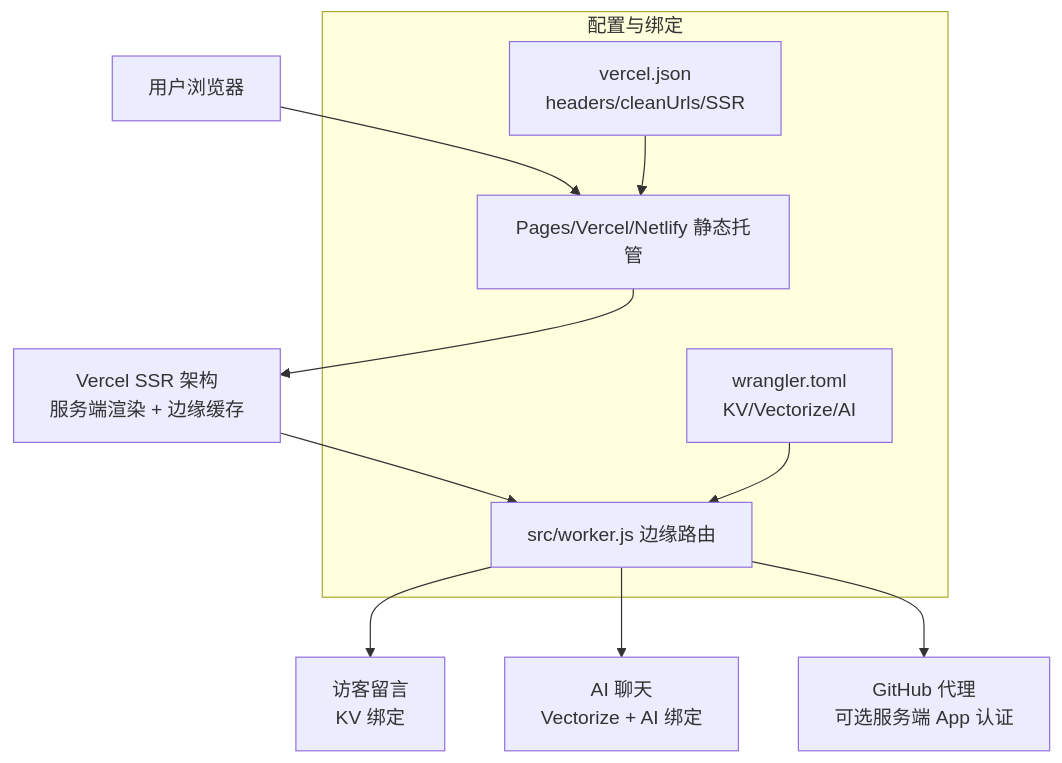
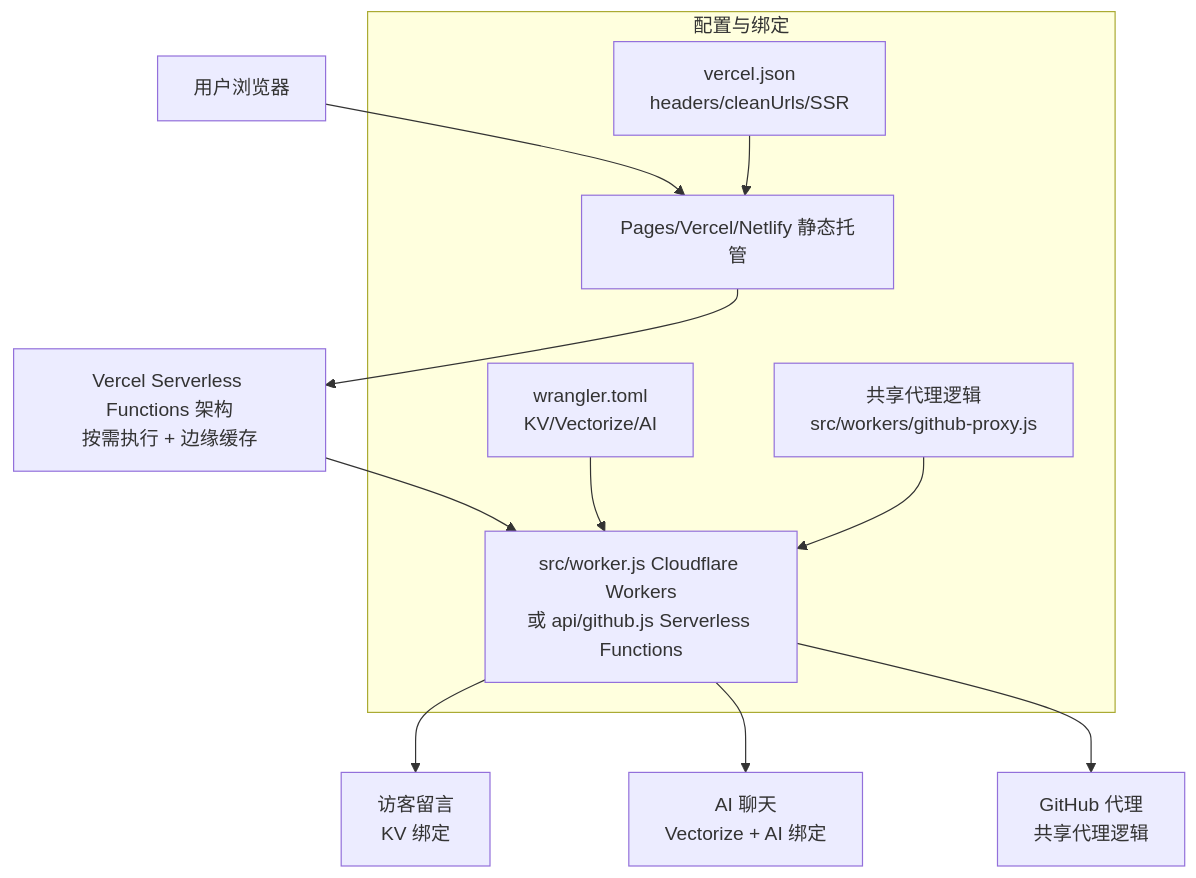
One commit to olx2990684400-sketch/olx-my-blog changed the second of 6 diagrams in .qoder/repowiki/zh/content/构建与部署/部署平台配置.md. Above: the diagram before and after it, drawn with Mermaid. The commit also changed other lines of this file and 74 other files, not shown here.

````diff
--- a/.qoder/repowiki/zh/content/构建与部署/部署平台配置.md
+++ b/.qoder/repowiki/zh/content/构建与部署/部署平台配置.md
@@ -114,13 +125,14 @@
 ```mermaid
 graph TB
 U["用户浏览器"] --> P["Pages/Vercel/Netlify 静态托管"]
-P --> S["Vercel SSR 架构<br/>服务端渲染 + 边缘缓存"]
-S --> W["src/worker.js 边缘路由"]
+P --> S["Vercel Serverless Functions 架构<br/>按需执行 + 边缘缓存"]
+S --> W["src/worker.js Cloudflare Workers<br/>或 api/github.js Serverless Functions"]
 W --> GB["访客留言<br/>KV 绑定"]
 W --> AI["AI 聊天<br/>Vectorize + AI 绑定"]
-W --> GH["GitHub 代理<br/>可选服务端 App 认证"]
+W --> GH["GitHub 代理<br/>共享代理逻辑"]
 subgraph "配置与绑定"
 CFG1["wrangler.toml<br/>KV/Vectorize/AI"] --> W
 CFG2["vercel.json<br/>headers/cleanUrls/SSR"] --> P
+SHARED["共享代理逻辑<br/>src/workers/github-proxy.js"] --> W
 end
 ```
````
